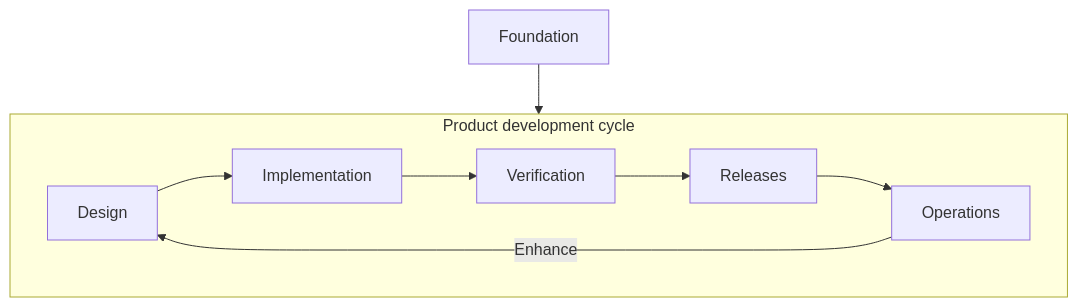
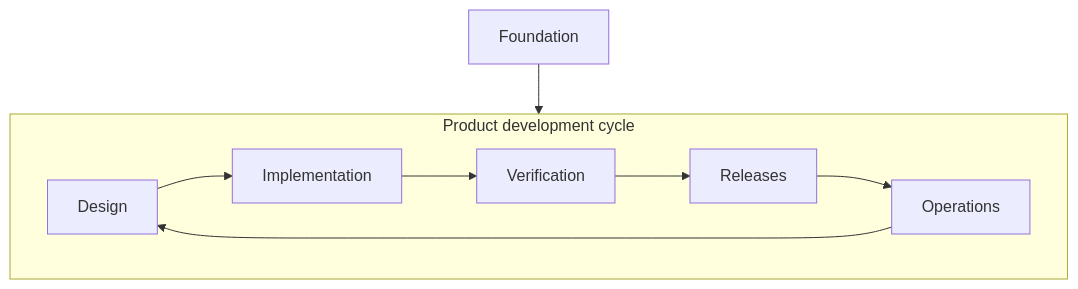
One commit to CyberismoCom/module-secure-development-essentials changed the diagram in cardRoot/secdeva_4eemdk6z/c/secdeva_w9zerttz/index.adoc. Above: the diagram before and after it, drawn with Mermaid. The commit also changed other lines of this file and 1 other file, not shown here.

Commit message:
Getting started versioned

```diff
--- a/cardRoot/secdeva_4eemdk6z/c/secdeva_w9zerttz/index.adoc
+++ b/cardRoot/secdeva_4eemdk6z/c/secdeva_w9zerttz/index.adoc
@@ -7,13 +7,13 @@
 [mermaid]
 ----
 flowchart TB
     F[Foundation] --> P
     subgraph P[Product development cycle]
       direction LR
       D[Design] --> I[Implementation]
       I --> V[Verification]
       V --> R[Releases]
       R --> O[Operations]
-      O -- Enhance --> D
+      O --> D
     end
 ----
```
